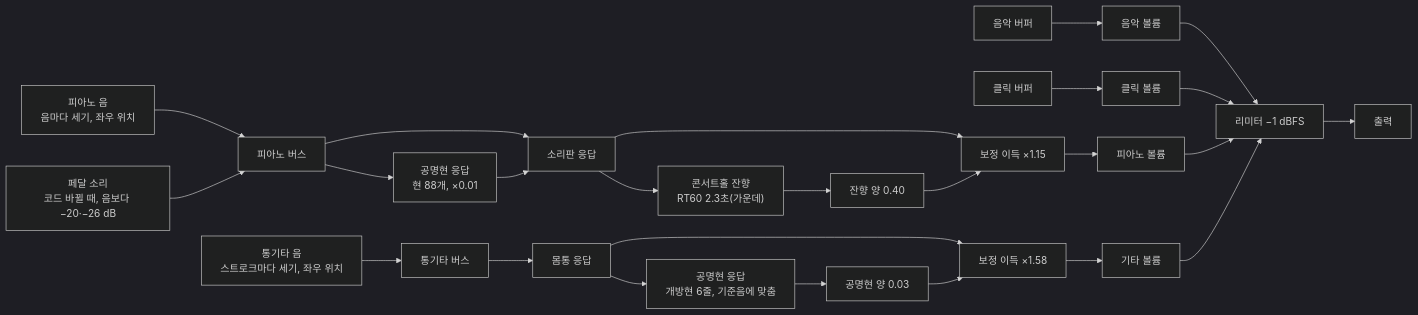
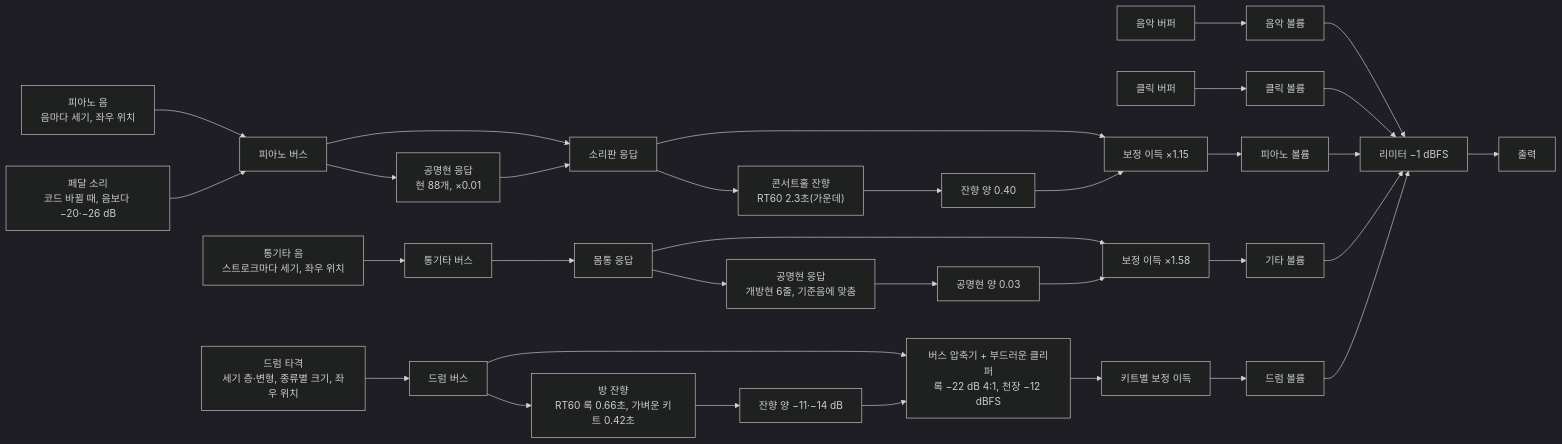
The third of 3 diagrams in README.md (Velvitty/Chordity), drawn with Mermaid (dark theme) before and after one commit. The commit also changed other lines of this file and 7 other files, not shown here.

````diff
--- a/README.md
+++ b/README.md
@@ -1419,20 +1436,25 @@
 ```mermaid
 flowchart LR
   M["음악 버퍼"] --> GM["음악 볼륨"]
   C["클릭 버퍼"] --> GC["클릭 볼륨"]
   P["피아노 음<br/>음마다 세기, 좌우 위치"] --> PB["피아노 버스"] --> SB["소리판 응답"]
   PN["페달 소리<br/>코드 바뀔 때, 음보다 −20·−26 dB"] --> PB
   PB --> RS["공명현 응답<br/>현 88개, ×0.01"] --> SB
   SB --> MP["보정 이득 ×1.15"]
   SB --> RP["콘서트홀 잔향<br/>RT60 2.3초(가운데)"] --> WP["잔향 양 0.40"] --> MP
   G["통기타 음<br/>스트로크마다 세기, 좌우 위치"] --> GB["통기타 버스"] --> BD["몸통 응답"]
   BD --> MG["보정 이득 ×1.58"]
   BD --> RG["공명현 응답<br/>개방현 6줄, 기준음에 맞춤"] --> WG["공명현 양 0.03"] --> MG
+  D["드럼 타격<br/>세기 층·변형, 종류별 크기, 좌우 위치"] --> DB["드럼 버스"]
+  DB --> CD["버스 압축기 + 부드러운 클리퍼<br/>록 −22 dB 4:1, 천장 −12 dBFS"] --> MD["키트별 보정 이득"]
+  DB --> RD["방 잔향<br/>RT60 록 0.66초, 가벼운 키트 0.42초"] --> WD["잔향 양 −11·−14 dB"] --> CD
   MP --> GP["피아노 볼륨"]
   MG --> GG["기타 볼륨"]
+  MD --> GD["드럼 볼륨"]
   GM --> L["리미터 −1 dBFS"]
   GC --> L
   GP --> L
   GG --> L
+  GD --> L
   L --> O["출력"]
 ```
````
